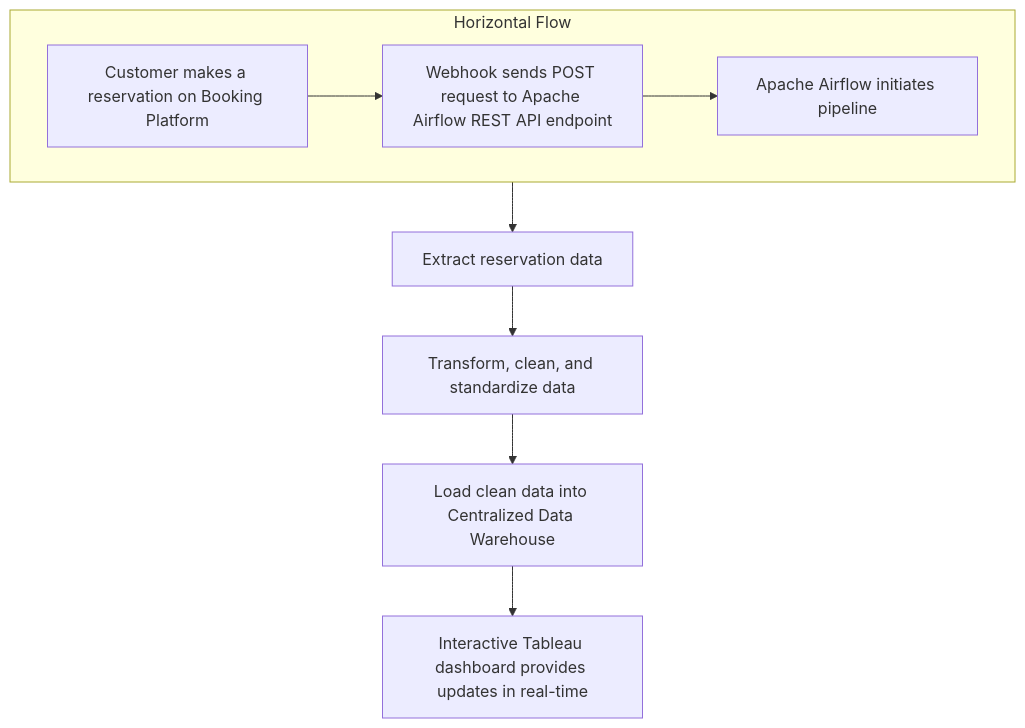
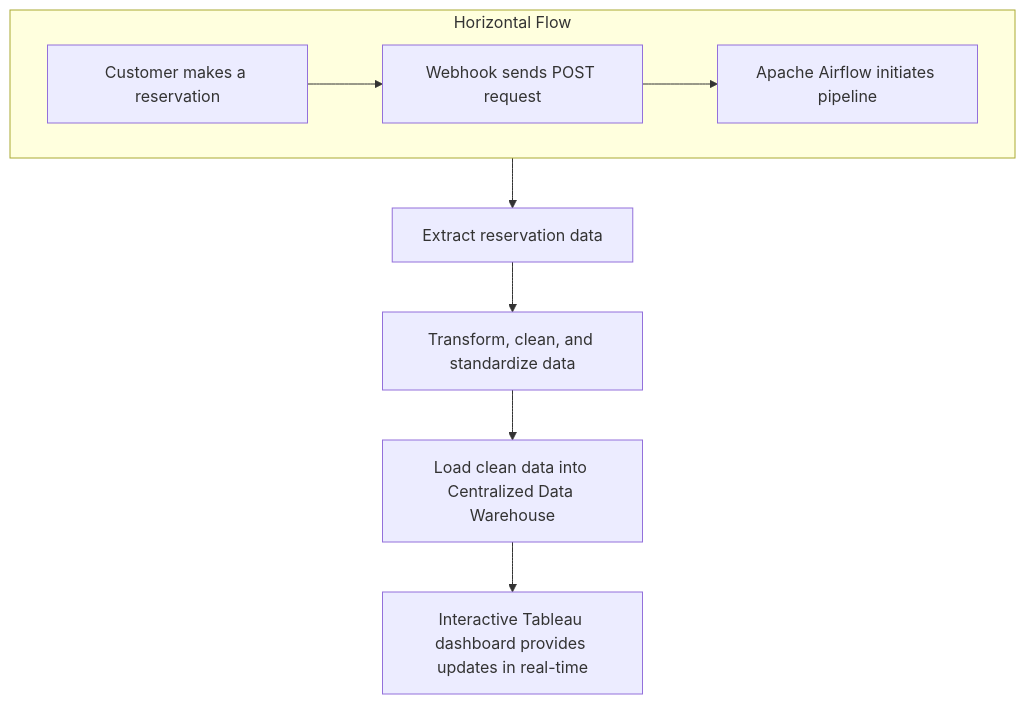
The diagram in README.md (psgpyc/Simulated-Restaurant-Booking-System-with-Real-Time-ETL-Pipeline-Using-Django-Webhooks-Airflow-Po), drawn with Mermaid before and after one commit.

````diff
--- a/README.md
+++ b/README.md
@@ -25,20 +25,16 @@
 ```mermaid
 flowchart TB
-    %% Define a subgraph for the first three nodes horizontally
-    subgraph Horizontal Flow
+    subgraph HorizontalFlow[Horizontal Flow]
     direction LR
-        A["Customer makes a reservation on Booking Platform"]:::wrap
-        B["Webhook sends POST request to Apache Airflow REST API endpoint"]:::wrap
-        C["Apache Airflow initiates pipeline"]:::wrap
-        A --> B --> C
+        A["Customer makes a reservation"]:::wrap --> B["Webhook sends POST request"]:::wrap --> C["Apache Airflow initiates pipeline"]:::wrap
     end
 
-    %% Continue vertically for the remaining steps
+    %% Continue vertically after the subgraph
     C --> D["Extract reservation data"]:::wrap
     D --> E["Transform, clean, and standardize data"]:::wrap
     E --> F["Load clean data into Centralized Data Warehouse"]:::wrap
     F --> G["Interactive Tableau dashboard provides updates in real-time"]:::wrap
 
-    %% Styling to help with text wrapping
+    %% Optional: define a class for wrapping text
     classDef wrap text-align:left wrap:true width:200px
 ```
````
